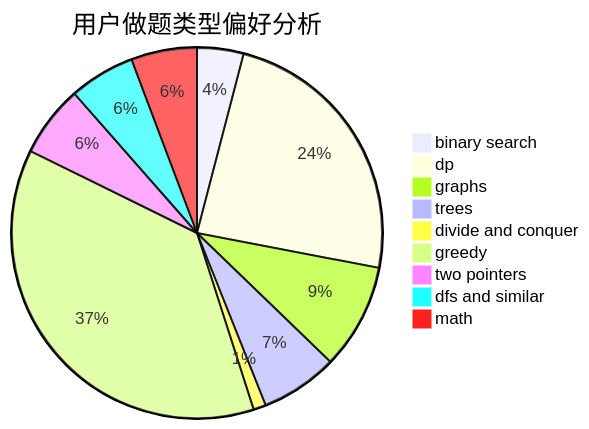
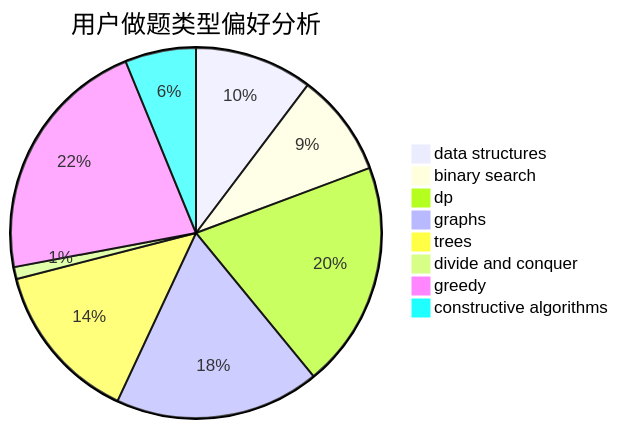
The second of 3 diagrams in docs/user/u1018.md (sherpahu/cfrs.github.io), drawn with Mermaid before and after one commit. The commit also changed other lines of this file and 2775 other files, not shown here.

````diff
--- a/docs/user/u1018.md
+++ b/docs/user/u1018.md
@@ -23,12 +23,11 @@
 ```mermaid
 pie title 用户做题类型偏好分析
-    "binary search" :  89
-    "dp" :  526
-    "graphs" :  202
-    "trees" :  148
-    "divide and conquer" :  24
-    "greedy" :  817
-    "two pointers" :  137
-    "dfs and similar" :  126
-    "math" :  126
+    "data structures" :  88
+    "binary search" :  77
+    "dp" :  169
+    "graphs" :  153
+    "trees" :  120
+    "divide and conquer" :  9
+    "greedy" :  186
+    "constructive algorithms" :  53
 ```
````
